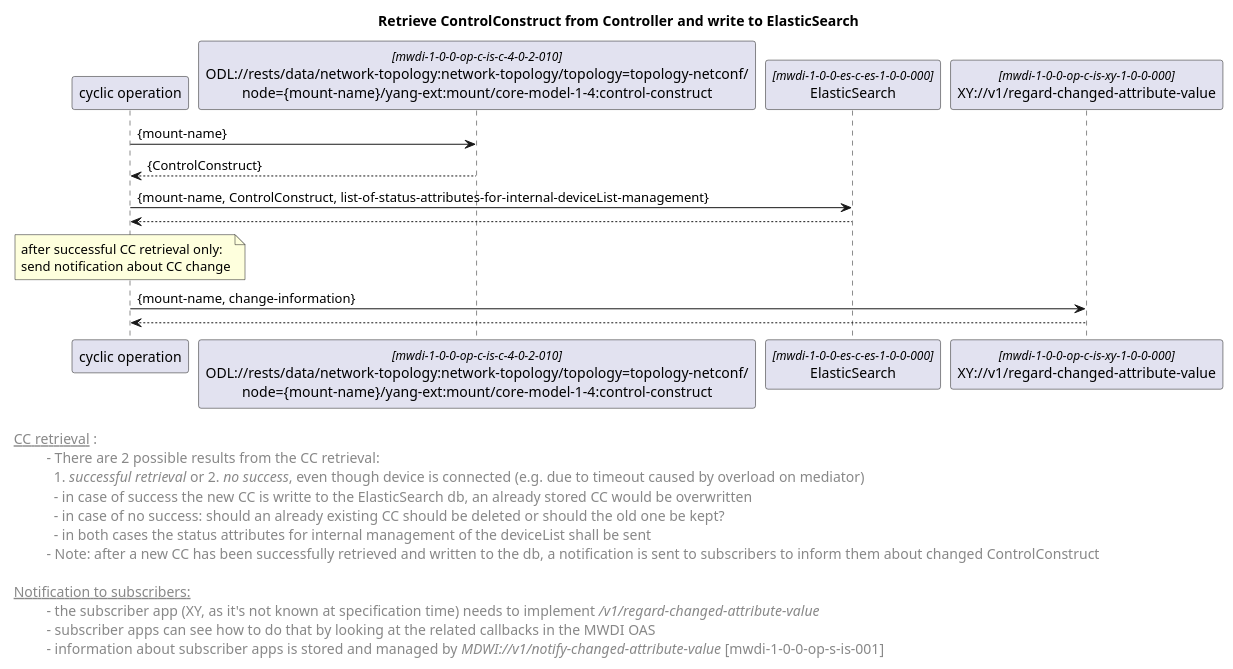
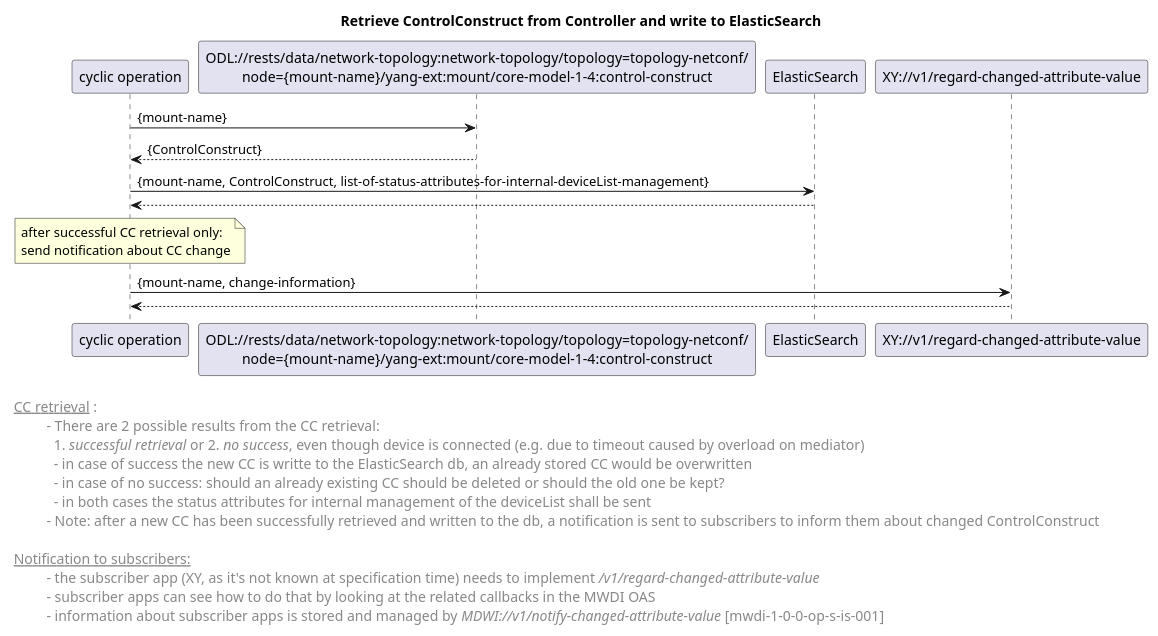
One commit to openBackhaul/MicroWaveDeviceInventory changed the diagram in spec/diagrams/03x_forwardingCyclicOperationRetrieveControlConstruct.plantuml. Above: the diagram before and after it, drawn with PlantUML. The commit also changed 2 other files, not shown here.

Commit message:
[Code] Update diagrams Fixes #268

```diff
--- a/spec/diagrams/03x_forwardingCyclicOperationRetrieveControlConstruct.plantuml
+++ b/spec/diagrams/03x_forwardingCyclicOperationRetrieveControlConstruct.plantuml
@@ -1,53 +1,54 @@
 @startuml
 skinparam responseMessageBelowArrow true
 skinparam guillemet [ ]
 skinparam participant {
   StereotypeFontSize 12  
 }
+hide stereotype
 
 title Retrieve ControlConstruct from Controller and write to ElasticSearch
 
 'participants
 participant "cyclic operation" as cyclicop
 participant "ODL://rests/data/network-topology:network-topology/topology=topology-netconf/\nnode={mount-name}/yang-ext:mount/core-model-1-4:control-construct" as odlcc <<mwdi-1-0-0-op-c-is-c-4-0-2-010>>
 participant "ElasticSearch" as es <<mwdi-1-0-0-es-c-es-1-0-0-000>>
 participant "XY://v1/regard-changed-attribute-value" as notification <<mwdi-1-0-0-op-c-is-xy-1-0-0-000>>
 
 cyclicop -> odlcc: {mount-name}
 odlcc --> cyclicop: {ControlConstruct}
 
 
 cyclicop -> es: {mount-name, ControlConstruct, list-of-status-attributes-for-internal-deviceList-management}
 es --> cyclicop
 
 note over cyclicop: after successful CC retrieval only: \nsend notification about CC change
 
 cyclicop -> notification: {mount-name, change-information}
 notification --> cyclicop
 
 
 left footer 
 
 <u> CC retrieval </u>:
 \t  - There are 2 possible results from the CC retrieval: 
 \t    1. <i>successful retrieval</i> or 2. <i>no success</i>, even though device is connected (e.g. due to timeout caused by overload on mediator)
 \t    - in case of success the new CC is writte to the ElasticSearch db, an already stored CC would be overwritten
 \t    - in case of no success: should an already existing CC should be deleted or should the old one be kept?
 \t    - in both cases the status attributes for internal management of the deviceList shall be sent
 \t  - Note: after a new CC has been successfully retrieved and written to the db, a notification is sent to subscribers to inform them about changed ControlConstruct
 
 <u> Notification to subscribers: </u>
 \t  - the subscriber app (XY, as it's not known at specification time) needs to implement <i>/v1/regard-changed-attribute-value</i>
 \t  - subscriber apps can see how to do that by looking at the related callbacks in the MWDI OAS 
 \t  - information about subscriber apps is stored and managed by <i>MDWI://v1/notify-changed-attribute-value</i> [mwdi-1-0-0-op-s-is-001]
 end footer
 
 <style>
 footer {
   HorizontalAlignment left
   FontSize 14
 }
 </style>
 
 
 @enduml
```
